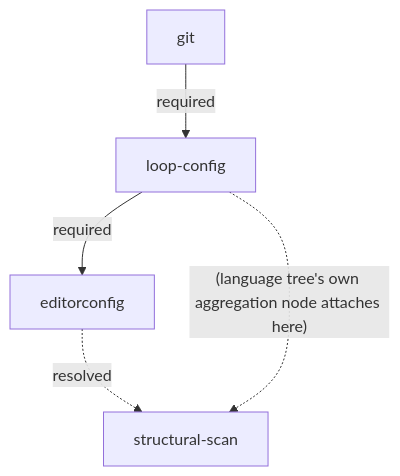
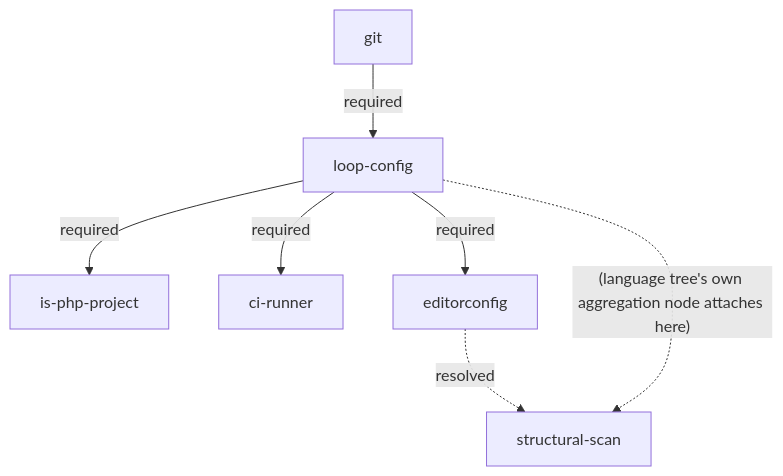
Before and after one commit to Art4/continuous-refactoring: the diagram in skills/refactor-scan/references/tooling-tree.md, drawn with Mermaid. The commit also changed other lines of this file and 18 other files, not shown here.

````diff
--- a/skills/refactor-scan/references/tooling-tree.md
+++ b/skills/refactor-scan/references/tooling-tree.md
@@ -7,12 +7,16 @@
 ```mermaid
 graph TD
     git[git]
     lc[loop-config]
+    ipp[is-php-project]
+    ci[ci-runner]
     edc[editorconfig]
     ss[structural-scan]
 
     git -->|required| lc
+    lc -->|required| ipp
+    lc -->|required| ci
     lc -->|required| edc
     edc -.->|resolved| ss
     lc -.->|"(language tree's own aggregation node attaches here)"| ss
 ```
````
